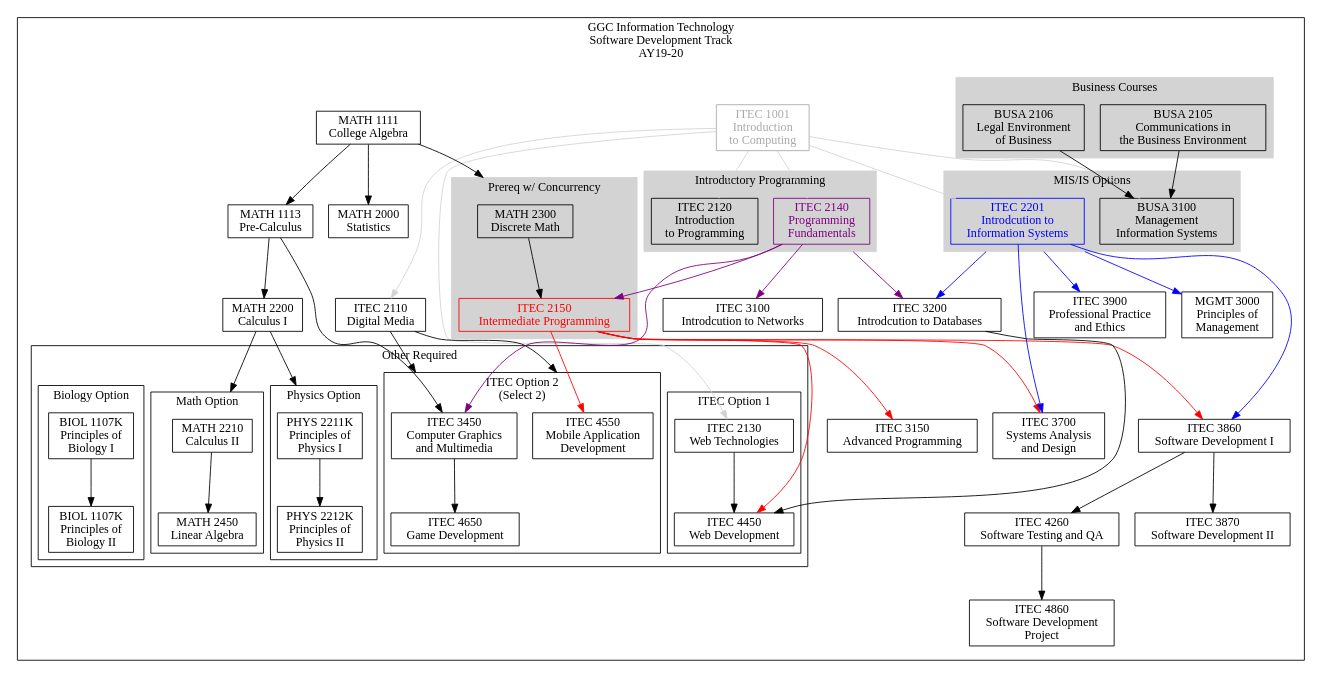
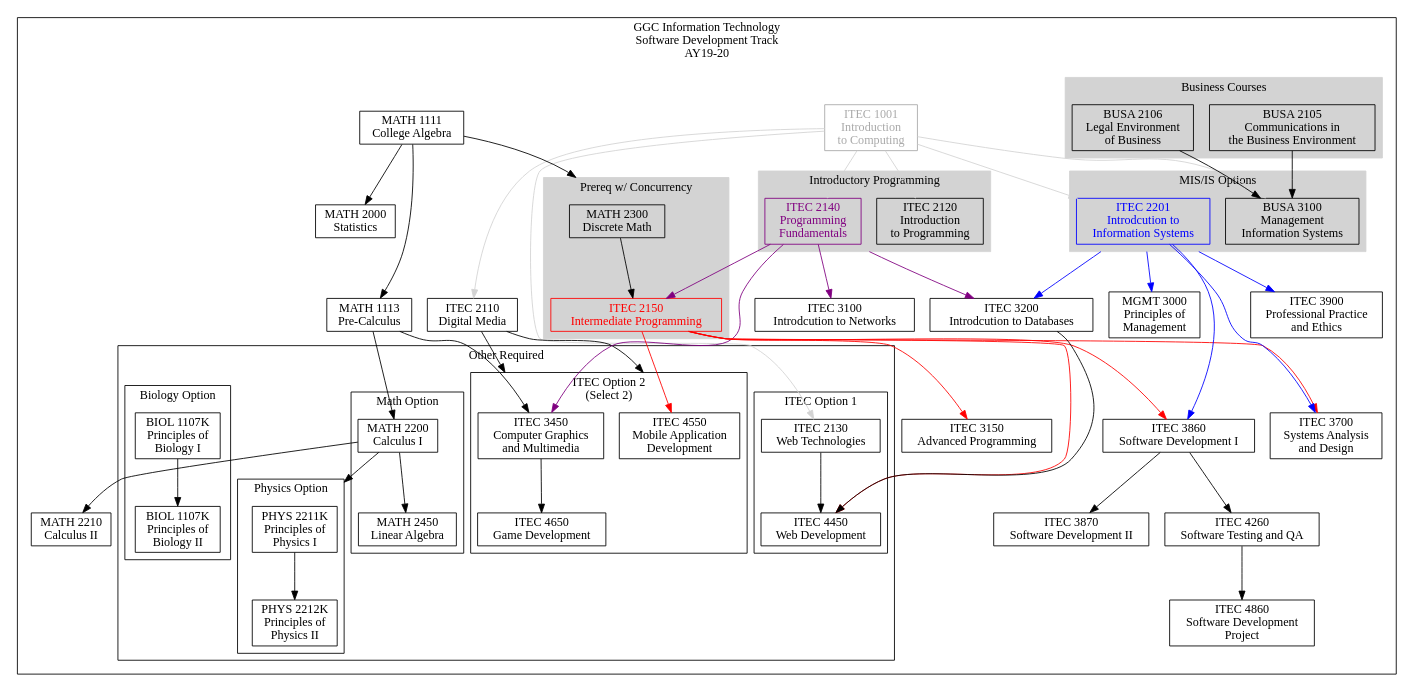
One commit to rjlutz/itec-plans changed the diagram in AY19-20/SoftwareDevelopment.dot. Above: the diagram before and after it, drawn with Graphviz. The commit also changed 7 other files, not shown here.

```diff
--- a/AY19-20/SoftwareDevelopment.dot
+++ b/AY19-20/SoftwareDevelopment.dot
@@ -1,162 +1,162 @@
 digraph G {
 
     node [shape = record, fontname="Sans serif" fontsize="14"];
     compound = true //  needed to link clusters and nodes
     splines = true
     ranksep=0.75
 
      // All
     itec1001[label = "ITEC 1001\nIntroduction \nto Computing" color=darkgray fontcolor=darkgray]
     itec2110[label = "ITEC 2110\nDigital Media"]
     itec2120[label = "ITEC 2120\nIntroduction\nto Programming"]
     itec2130[label = "ITEC 2130\nWeb Technologies"]
     itec2140[label = "ITEC 2140\nProgramming \nFundamentals" color=purple fontcolor=purple]
     itec2150[label = "ITEC 2150\nIntermediate Programming" color=red fontcolor=red]
     itec2201[label = "ITEC 2201\nIntrodcution to\nInformation Systems" color=blue fontcolor=blue]
     itec3100[label = "ITEC 3100\nIntrodcution to Networks"]
     itec3200[label = "ITEC 3200\nIntrodcution to Databases"]
     itec3900[label = "ITEC 3900\nProfessional Practice\nand Ethics"]
     busa2105[label = "BUSA 2105\nCommunications in\nthe Business Environment"]
     busa2106[label = "BUSA 2106\nLegal Environment\nof Business"]
     busa3100[label = "BUSA 3100\nManagement \nInformation Systems"]
     math1111[label = "MATH 1111\nCollege Algebra"]
     math1113[label = "MATH 1113\nPre-Calculus"]
     math2300[label = "MATH 2300\nDiscrete Math"]
     math2000[label = "MATH 2000\nStatistics"]
     math2200[label = "MATH 2200\nCalculus I"]
     mgmt3000[label = "MGMT 3000\nPrinciples of\nManagement"]
 
     // Software Development 
     itec3150[label = "ITEC 3150\nAdvanced Programming"]
     itec3450[label = "ITEC 3450\nComputer Graphics\nand Multimedia"]
     itec3700[label = "ITEC 3700\nSystems Analysis\nand Design"]
     itec3860[label = "ITEC 3860\nSoftware Development I"]
     itec3870[label = "ITEC 3870\nSoftware Development II"]
     itec4260[label = "ITEC 4260\nSoftware Testing and QA"]
     itec4860[label = "ITEC 4860\nSoftware Development\nProject"]
     itec4450[label = "ITEC 4450\nWeb Development"]
     itec4550[label = "ITEC 4550\nMobile Application\nDevelopment"]
     itec4650[label = "ITEC 4650\nGame Development"]
     math2210[label = "MATH 2210\nCalculus II"]
     math2450[label = "MATH 2450\nLinear Algebra"]
     phys2211k[label = "PHYS 2211K\nPrinciples of\nPhysics I"]
     phys2212k[label = "PHYS 2212K\nPrinciples of\nPhysics II"]
     biol1107k[label = "BIOL 1107K\nPrinciples of\nBiology I"]
     biol1108k[label = "BIOL 1107K\nPrinciples of\nBiology II"]
 
 
     subgraph clustersd {
         label="GGC Information Technology\nSoftware Development Track\nAY19-20"
 
         subgraph clusterrequired {
             label=""
             node [style=filled];
             style=filled;
 
             color="#FFFFFF";
             
             itec1001 -> itec2110 [color=lightgray]
             itec1001 -> itec2120 [color=lightgray]
             itec1001 -> itec2130 [color=lightgray]
             itec1001 -> itec2201 [color=lightgray]
             itec1001 -> busa3100 [color=lightgray]
 
             busa2106 -> busa3100
             busa2105 -> busa3100
             itec1001 -> itec2140 [color=lightgray]
             itec2140 -> itec2150 [color=purple]
             itec2150 -> itec3150 [lltail=clusterdiscrete color=red]
 
             itec2140 -> itec3100 [color=purple]
             itec2201 -> itec3200 [color=blue ltail=cluster22013100];
             itec2140 -> itec3200 [ltail=cluster21202140 color=purple]
 
             itec2150 -> itec3700 [lltail=clusterdiscrete color=red]
             itec2201 -> itec3700 [color=blue]
 
             itec2150 -> itec3860 [color=red]
             itec2201 -> itec3860 [color=blue]
             itec3860 -> itec3870
             itec2201 -> itec3900 [ltail=cluster22013100 color=blue]
             itec3860 -> itec4260 -> itec4860
             itec2201 -> mgmt3000 [ltail=cluster22013100 color=blue]
 
             math1113 -> math2200
             math1111 -> math1113
             math1111 -> math2000
             math1111 -> math2300 [lhead=clusterdiscrete]
             math2200 -> math2210 [lhead=clustermathopt]
             itec3200 -> itec4450
 
             math1113 -> itec3450
             itec2110 -> itec3450 [lhead=clusteritecopt2]
             itec2140 -> itec3450 [color=purple]
             itec2110 -> itec4550 [lhead=clusteritecopt2]
             math2200 -> phys2211k [lhead=clusterphysopt]
             itec2150 -> itec4550 [color=red]
 
             subgraph cluster21202140 {
                 label = "Introductory Programming";
                 color=lightgrey;
                 itec2120
                 itec2140
             }
             subgraph cluster22013100 {
                 label = "MIS/IS Options";
                 color=lightgrey;
                 itec2201
                 busa3100
             }
             subgraph cluster21052106 {
                 label = "Business Courses"
                 color=lightgrey;
                 busa2105
                 busa2106
             }
             
             subgraph clusterdiscrete {
                 label = "Prereq w/ Concurrency";
                 node [style=filled];
                 style=filled;
                 color=lightgrey;
                 math2300 -> itec2150
             }
 
             subgraph clusterotherrequired {
                 label = "Other Required"
                 node [style=filled];
                 style=filled;
                 graph[style=solid]
                 color=black;
 
                 subgraph clusteritecopt1 {
                     label = "ITEC Option 1";
                     itec2130 -> itec4450
                     itec2150 -> itec4450 [color=red]
                 }
 
                 subgraph clusteritecopt2 {
                     label = "ITEC Option 2\n(Select 2)";
                     
                     itec3450 -> itec4650
                     itec4550
                 }
 
                 subgraph clusterbiolopt {
                     label = "Biology Option";
                     biol1107k -> biol1108k
                 }
 
                 subgraph clustermathopt {
                     label = "Math Option";
-                    math2210 -> math2450
+                    math2200 -> math2450
                 }
 
                 subgraph clusterphysopt {
                     label = "Physics Option"
                     phys2211k -> phys2212k
                 }
             }
         }    
     }
 }
```
